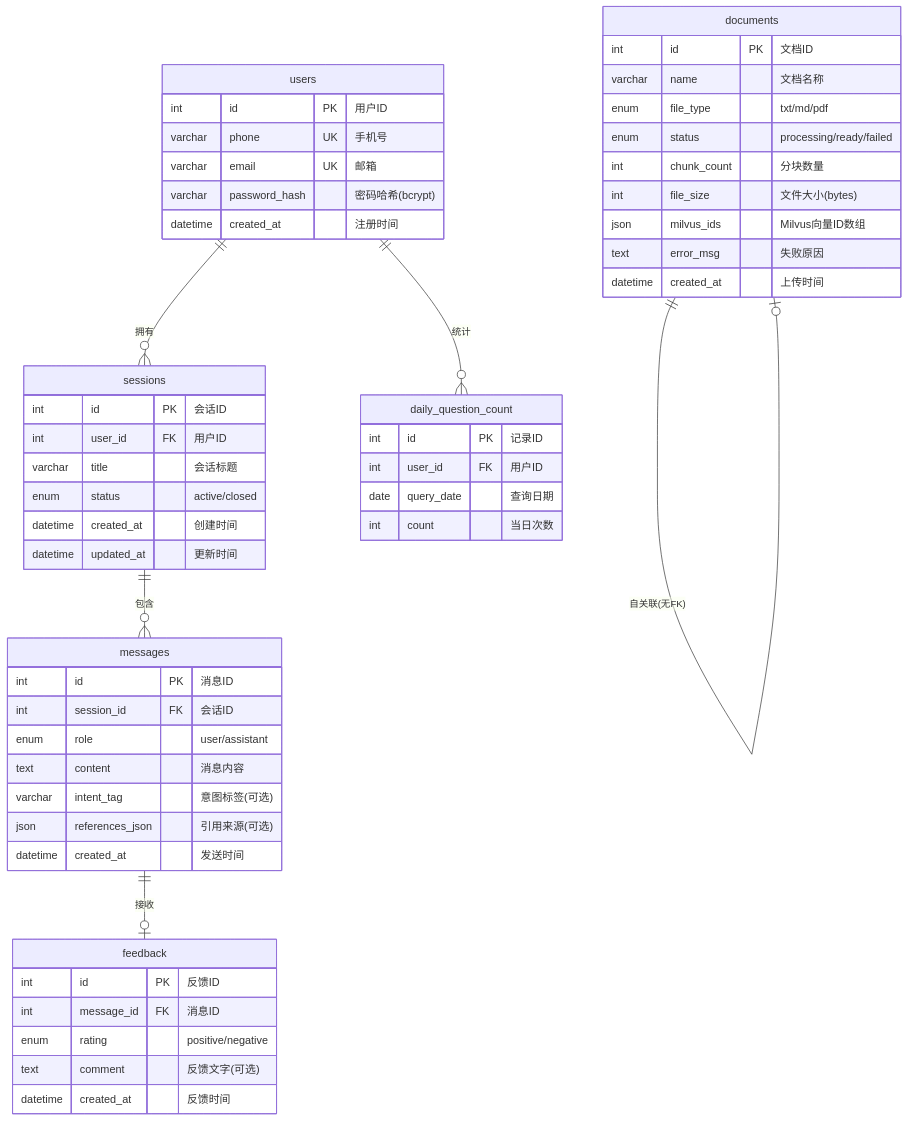
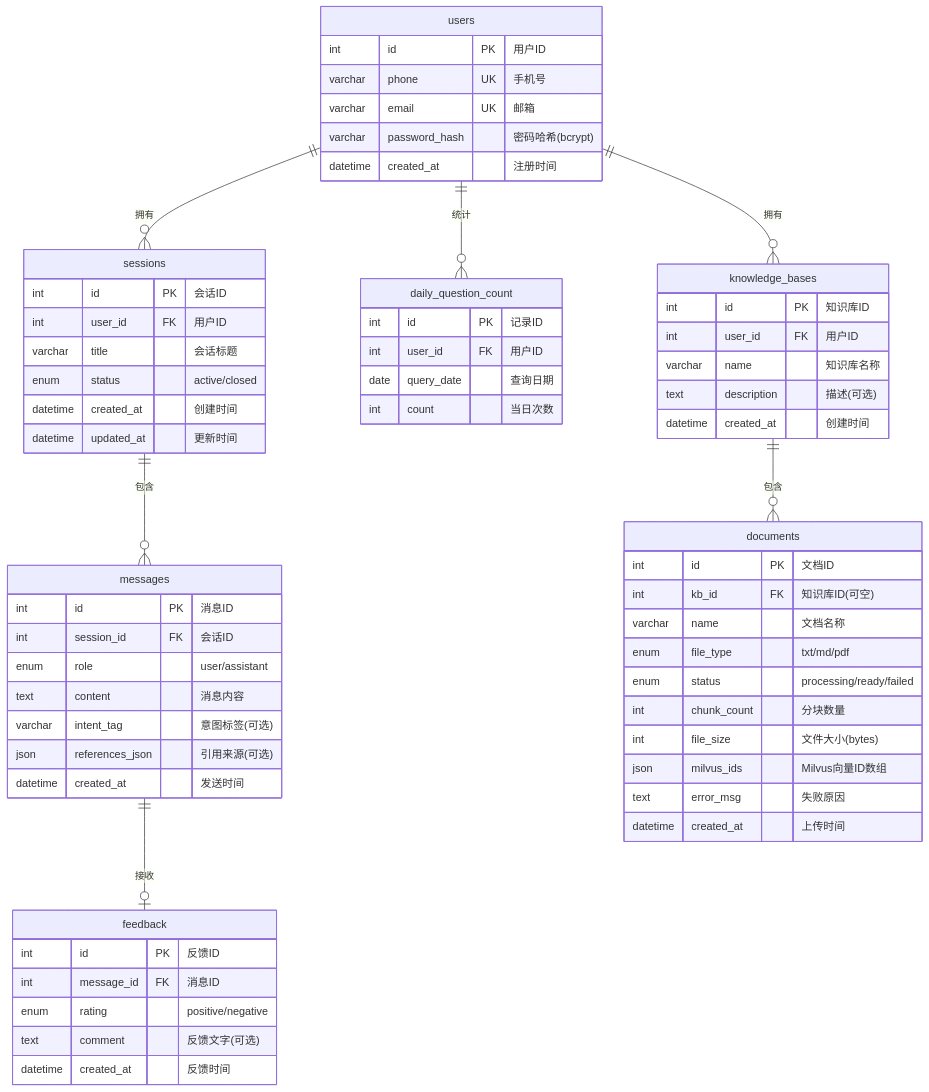
The diagram in docs/数据库设计.md (HeShen-1/ICS), drawn with Mermaid before and after one commit. The commit also changed other lines of this file and 7 other files, not shown here.

````diff
--- a/docs/数据库设计.md
+++ b/docs/数据库设计.md
@@ -7,62 +7,72 @@
 ```mermaid
 erDiagram
     users ||--o{ sessions : "拥有"
     users ||--o{ daily_question_count : "统计"
+    users ||--o{ knowledge_bases : "拥有"
     sessions ||--o{ messages : "包含"
     messages ||--o| feedback : "接收"
-    documents ||--o| documents : "自关联(无FK)"
+    knowledge_bases ||--o{ documents : "包含"
 
     users {
         int id PK "用户ID"
         varchar phone UK "手机号"
         varchar email UK "邮箱"
         varchar password_hash "密码哈希(bcrypt)"
         datetime created_at "注册时间"
     }
 
     sessions {
         int id PK "会话ID"
         int user_id FK "用户ID"
         varchar title "会话标题"
         enum status "active/closed"
         datetime created_at "创建时间"
         datetime updated_at "更新时间"
     }
 
     messages {
         int id PK "消息ID"
         int session_id FK "会话ID"
         enum role "user/assistant"
         text content "消息内容"
         varchar intent_tag "意图标签(可选)"
         json references_json "引用来源(可选)"
         datetime created_at "发送时间"
     }
 
     feedback {
         int id PK "反馈ID"
         int message_id FK "消息ID"
         enum rating "positive/negative"
         text comment "反馈文字(可选)"
         datetime created_at "反馈时间"
     }
 
+    knowledge_bases {
+        int id PK "知识库ID"
+        int user_id FK "用户ID"
+        varchar name "知识库名称"
+        text description "描述(可选)"
+        datetime created_at "创建时间"
+    }
+
     documents {
         int id PK "文档ID"
+        int kb_id FK "知识库ID(可空)"
         varchar name "文档名称"
         enum file_type "txt/md/pdf"
         enum status "processing/ready/failed"
         int chunk_count "分块数量"
         int file_size "文件大小(bytes)"
         json milvus_ids "Milvus向量ID数组"
         text error_msg "失败原因"
         datetime created_at "上传时间"
     }
 
     daily_question_count {
         int id PK "记录ID"
         int user_id FK "用户ID"
         date query_date "查询日期"
         int count "当日次数"
     }
 ```
````
